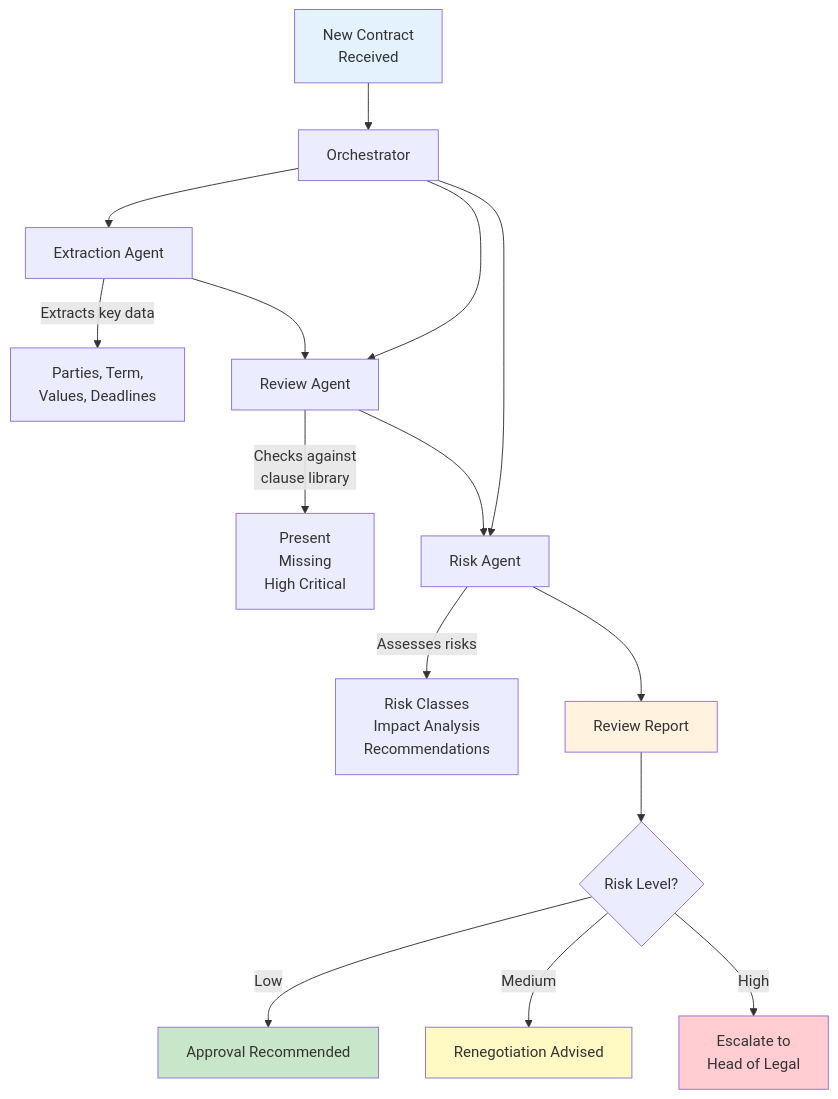
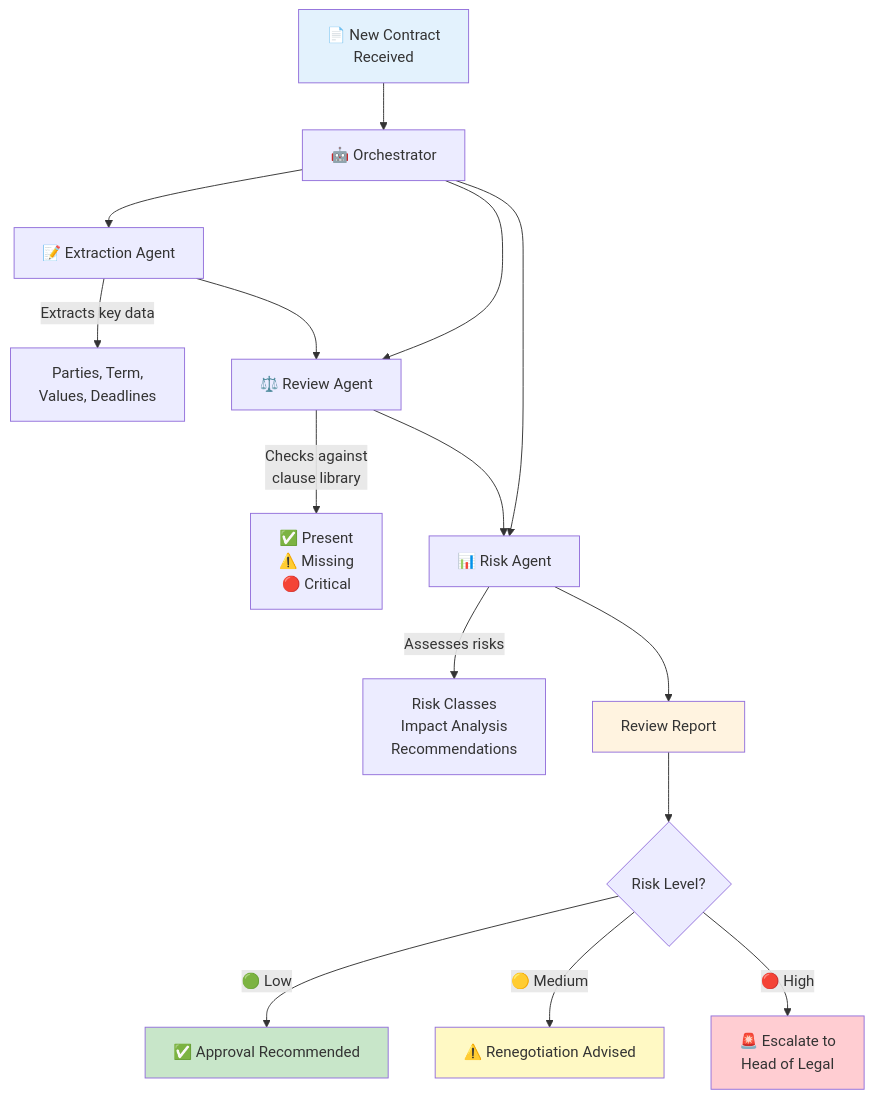
One commit to justinsz/ProPrompt changed the second of 2 diagrams in law_en.md. Above: the diagram before and after it, drawn with Mermaid. The commit also changed other lines of this file and 11 other files, not shown here.

First line of the commit message:
Restore emojis in normal text, keep prompts clean, fix Mermaid syntax

````diff
--- a/law_en.md
+++ b/law_en.md
@@ -323,25 +323,25 @@
 ```mermaid
 flowchart TB
-    A[New Contract<br/>Received] --> B[Orchestrator]
+    A[📄 New Contract<br/>Received] --> B[🤖 Orchestrator]
 
-    B --> C[Extraction Agent]
-    B --> D[Review Agent]
-    B --> E[Risk Agent]
+    B --> C[📝 Extraction Agent]
+    B --> D[⚖️ Review Agent]
+    B --> E[📊 Risk Agent]
 
     C --> |Extracts key data| C1[Parties, Term,<br/>Values, Deadlines]
     C --> D
-    D --> |Checks against<br/>clause library| D1[Present<br/> Missing<br/>High Critical]
+    D --> |Checks against<br/>clause library| D1[✅ Present<br/>⚠️ Missing<br/>🔴 Critical]
     D --> E
     E --> |Assesses risks| E1[Risk Classes<br/>Impact Analysis<br/>Recommendations]
     E --> F[Review Report]
     F --> G{Risk Level?}
-    G -- Low --> H[Approval Recommended]
-    G -- Medium --> I[Renegotiation Advised]
-    G -- High --> J[Escalate to<br/>Head of Legal]
+    G -- 🟢 Low --> H[✅ Approval Recommended]
+    G -- 🟡 Medium --> I[⚠️ Renegotiation Advised]
+    G -- 🔴 High --> J[🚨 Escalate to<br/>Head of Legal]
 
     style A fill:#e3f2fd
     style F fill:#fff3e0
     style H fill:#c8e6c9
     style I fill:#fff9c4
     style J fill:#ffcdd2
 ```
````
